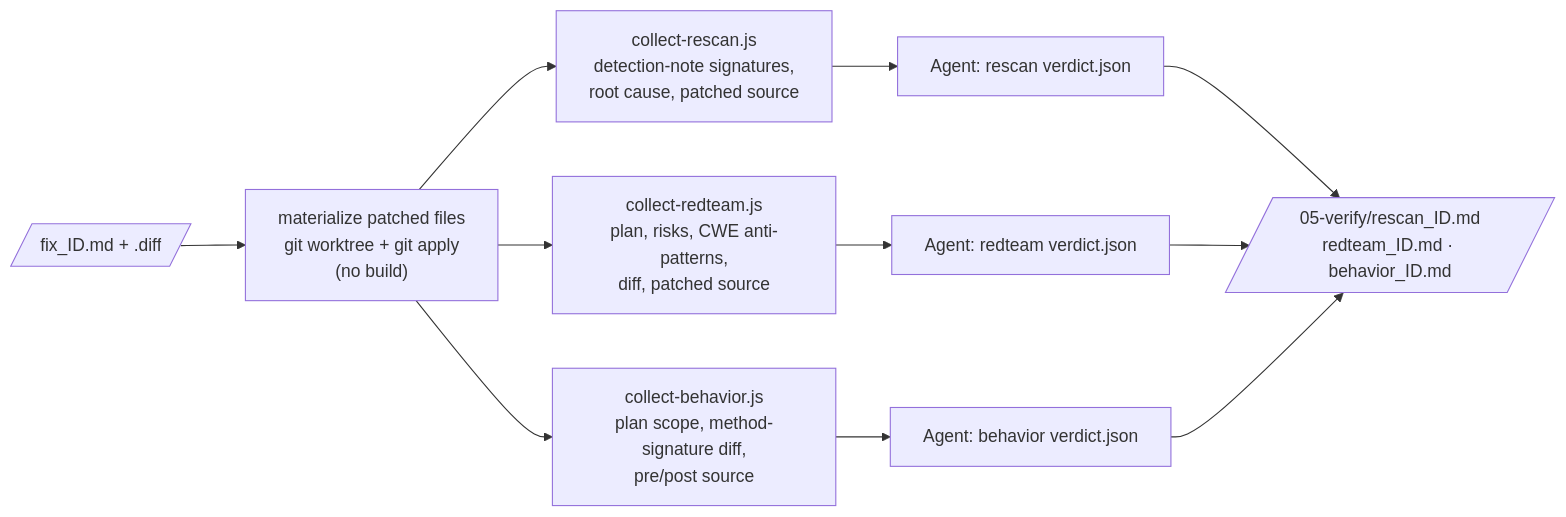
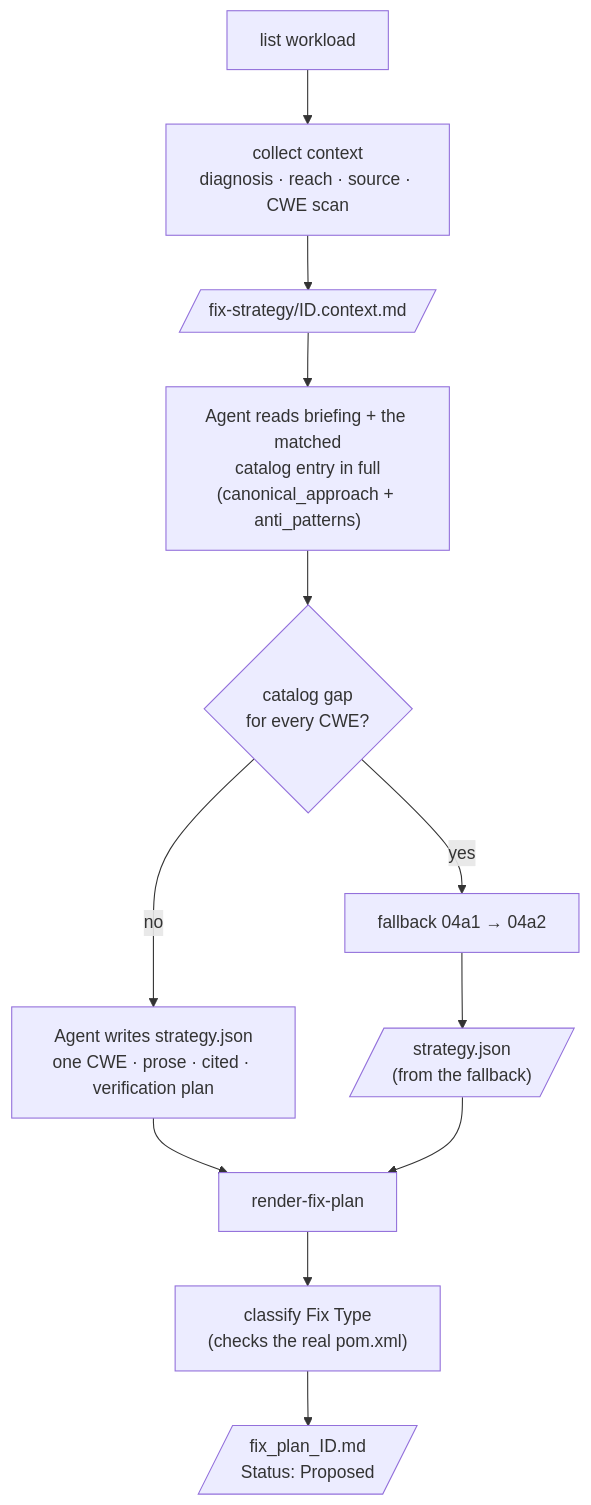
One commit to KrishnaAnnavaram/MARS changed diagram 18 of 31 in README.md. Above: the diagram before and after it, drawn with Mermaid. The commit also changed other lines of this file, not shown here.

First line of the commit message:
Rewrite the README as a full agent-and-skill handbook

````diff
--- a/README.md
+++ b/README.md
@@ -577,13 +1066,14 @@
 ```mermaid
-flowchart LR
-    FX[/"fix_ID.md + .diff"/] --> M["materialize patched files<br/>git worktree + git apply<br/>(no build)"]
-    M --> R1["collect-rescan.js<br/>detection-note signatures,<br/>root cause, patched source"]
-    M --> R2["collect-redteam.js<br/>plan, risks, CWE anti-patterns,<br/>diff, patched source"]
-    M --> R3["collect-behavior.js<br/>plan scope, method-signature diff,<br/>pre/post source"]
-    R1 --> V1["Agent: rescan verdict.json"]
-    R2 --> V2["Agent: redteam verdict.json"]
-    R3 --> V3["Agent: behavior verdict.json"]
-    V1 --> O[/"05-verify/rescan_ID.md<br/>redteam_ID.md · behavior_ID.md"/]
-    V2 --> O
-    V3 --> O
+flowchart TD
+    L["list workload"] --> C["collect context<br/>diagnosis · reach · source · CWE scan"]
+    C --> B[/"fix-strategy/ID.context.md"/]
+    B --> READ["Agent reads briefing + the matched<br/>catalog entry in full<br/>(canonical_approach + anti_patterns)"]
+    READ --> G{"catalog gap<br/>for every CWE?"}
+    G -->|no| W["Agent writes strategy.json<br/>one CWE · prose · cited · verification plan"]
+    G -->|yes| FB["fallback 04a1 → 04a2"]
+    FB --> W2[/"strategy.json<br/>(from the fallback)"/]
+    W --> RN["render-fix-plan"]
+    W2 --> RN
+    RN --> FT["classify Fix Type<br/>(checks the real pom.xml)"]
+    FT --> P[/"fix_plan_ID.md<br/>Status: Proposed"/]
 ```
````
